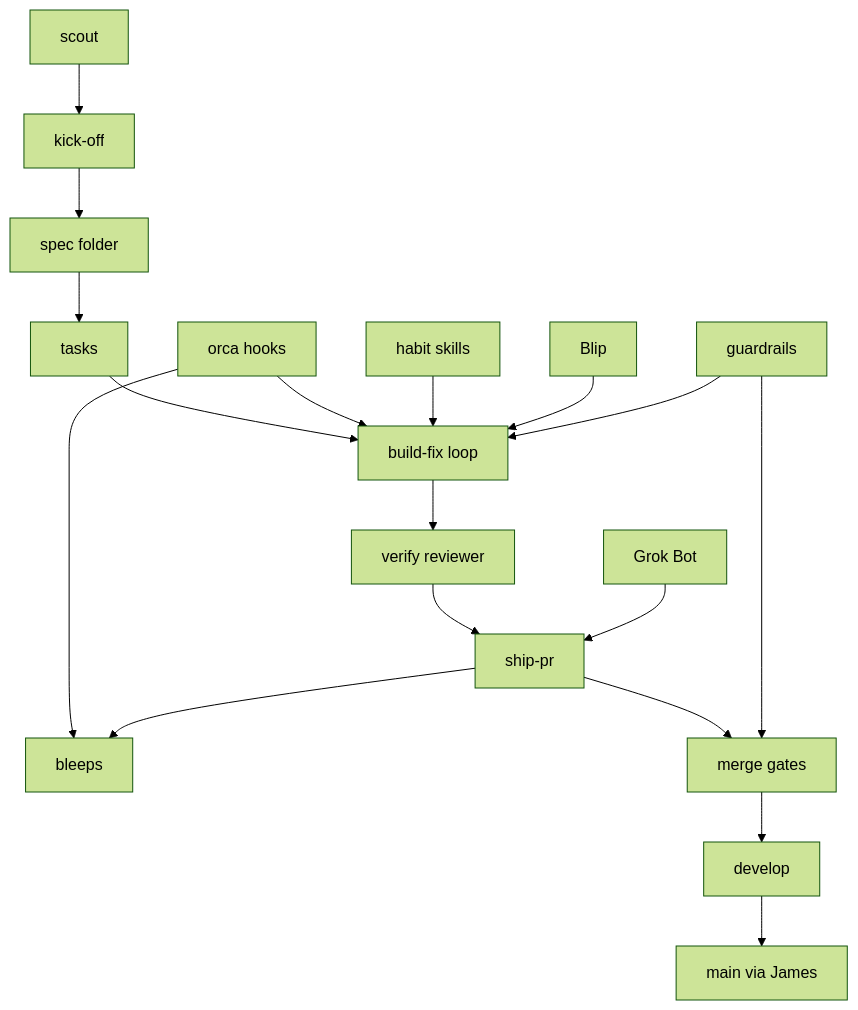
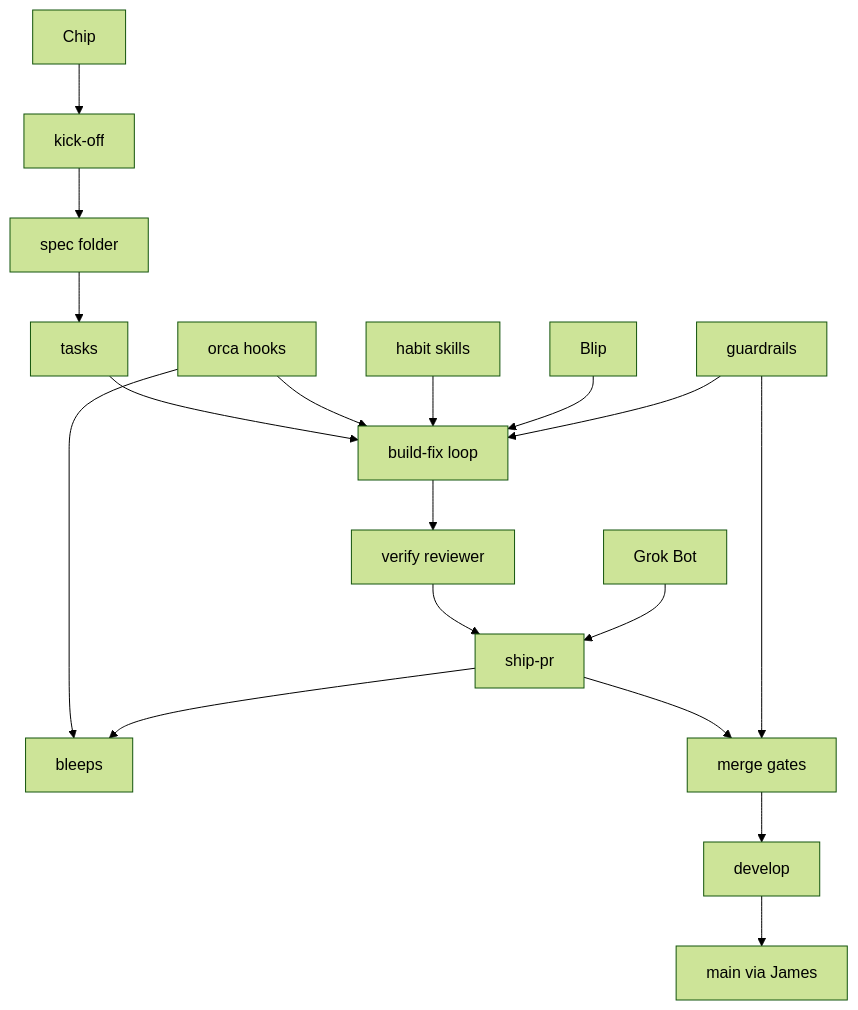
The diagram in docs/primitives.md (eljamez/bleeps-and-bloops), drawn with Mermaid (forest theme) before and after one commit. The commit also changed other lines of this file and 42 other files, not shown here.

````diff
--- a/docs/primitives.md
+++ b/docs/primitives.md
@@ -28,20 +28,20 @@
 ```mermaid
 flowchart TD
-  scout[scout] --> kickOff[kick-off]
+  chip[Chip] --> kickOff[kick-off]
   kickOff --> specFolder[spec folder]
   specFolder --> tasks[tasks]
   tasks --> loop[build-fix loop]
   orcaHooks[orca hooks] --> loop
   habitSkills[habit skills] --> loop
   blip[Blip] --> loop
   guardrails[guardrails] --> loop
   orcaHooks --> bleeps[bleeps]
   loop --> verifyReviewer[verify reviewer]
   verifyReviewer --> shipPr[ship-pr]
   grokBot[Grok Bot] --> shipPr
   shipPr --> mergeGates[merge gates]
   guardrails --> mergeGates
   shipPr --> bleeps
   mergeGates --> developBranch[develop]
   developBranch --> mainBranch[main via James]
 ```
````
